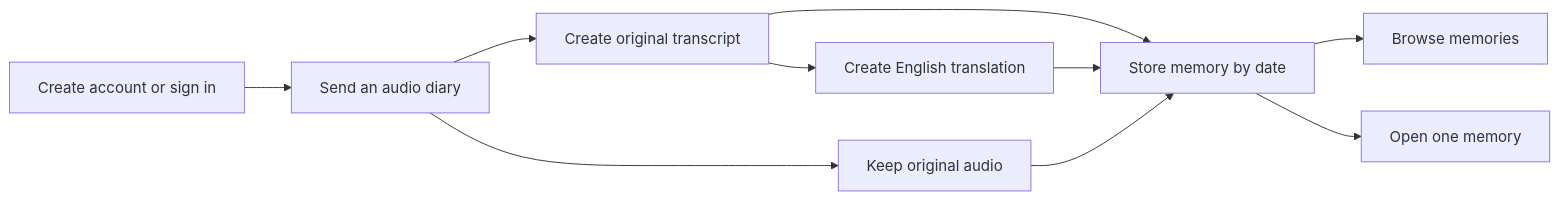
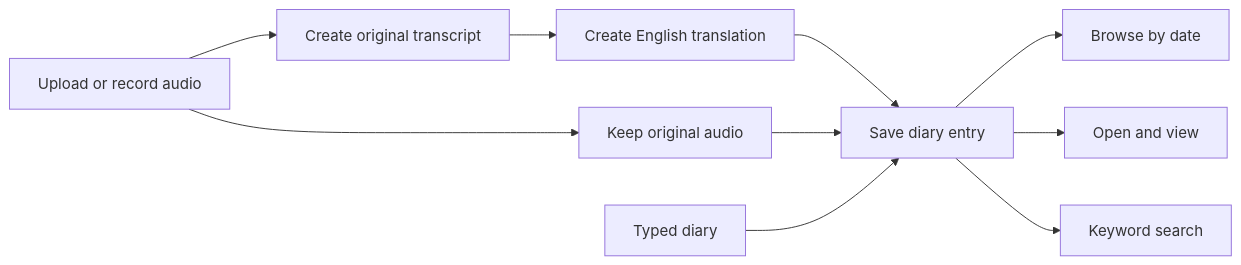
One commit to adityavarmachandika/aham-docs changed the diagram in canvas/version-1.md. Above: the diagram before and after it, drawn with Mermaid. The commit also changed other lines of this file and 17 other files, not shown here.

````diff
--- a/canvas/version-1.md
+++ b/canvas/version-1.md
@@ -7,12 +7,12 @@
 ```mermaid
 flowchart LR
-    A[Create account or sign in] --> B[Send an audio diary]
-    B --> C[Create original transcript]
-    C --> D[Create English translation]
-    B --> E[Keep original audio]
-    C --> F[Store memory by date]
-    D --> F
-    E --> F
-    F --> G[Browse memories]
-    F --> H[Open one memory]
+    A[Upload or record audio] --> B[Create original transcript]
+    A --> C[Keep original audio]
+    B --> D[Create English translation]
+    D --> E[Save diary entry]
+    C --> E
+    T[Typed diary] --> E
+    E --> F[Browse by date]
+    E --> G[Open and view]
+    E --> H[Keyword search]
 ```
````
